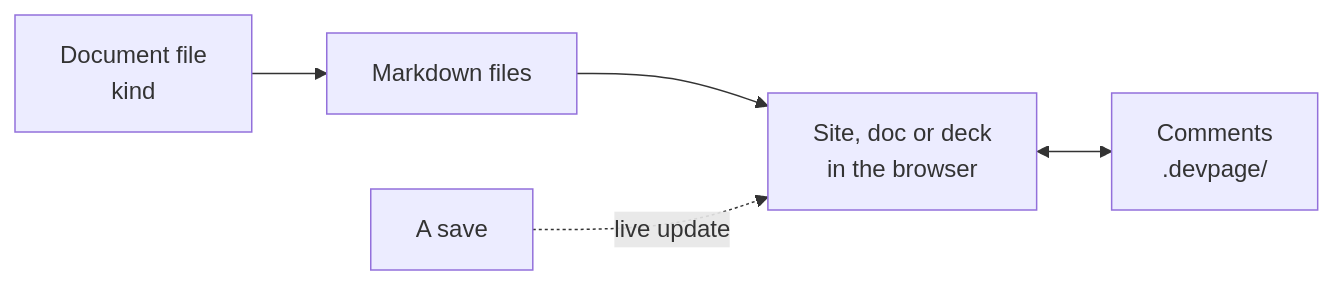
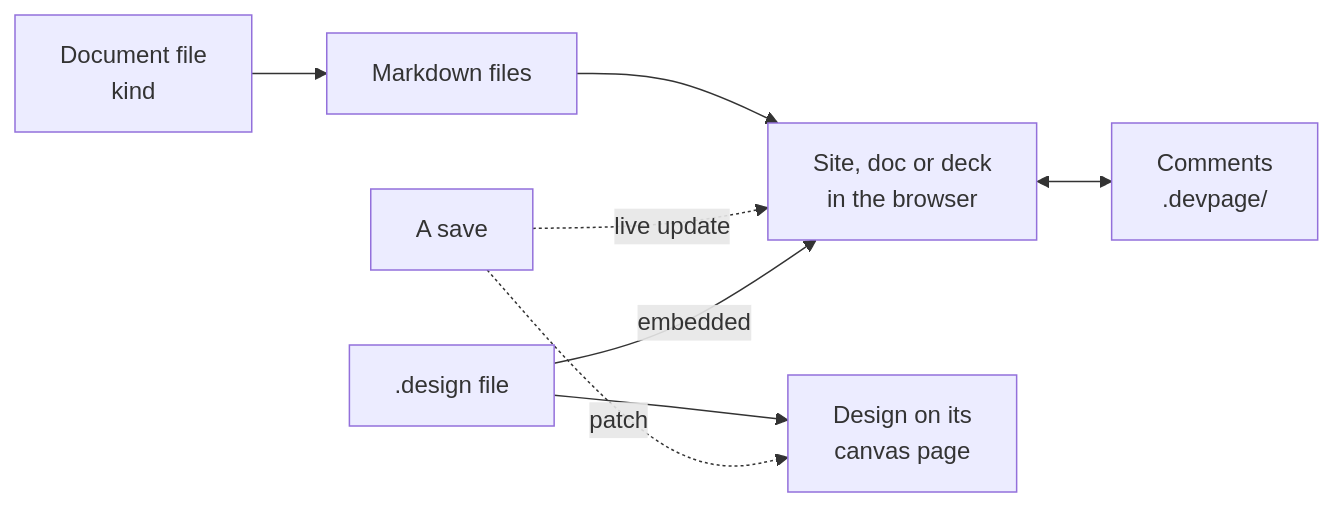
The diagram in docs/getting-started.md (andrei512/devpage), drawn with Mermaid before and after one commit. The commit also changed other lines of this file and 12 other files, not shown here.

````diff
--- a/docs/getting-started.md
+++ b/docs/getting-started.md
@@ -31,12 +31,17 @@
 ```mermaid
 flowchart LR
   yml["Document file<br/>kind"] --> pages["Markdown files"]
   pages --> view["Site, doc or deck<br/>in the browser"]
   save["A save"] -.->|"live update"| view
   view <--> comments["Comments<br/>.devpage/"]
+  design[".design file"] --> canvas["Design on its<br/>canvas page"]
+  design -->|"embedded"| view
+  save -.->|"patch"| canvas
   click yml href "./boxes/viewer/writing-a-document/README.md#the-document-file" "The document file"
   click pages href "./boxes/viewer/writing-a-document/markdown-that-works/README.md" "Markdown that works"
   click view href "./boxes/viewer/README.md" "The viewer"
   click save href "./boxes/viewer/live-updates/README.md" "How open pages stay current"
   click comments href "./boxes/viewer/comments/README.md" "Comments"
+  click design href "./boxes/viewer/designs/README.md" "Designs"
+  click canvas href "./boxes/viewer/designs/README.md#viewing-a-design" "Viewing a design"
 ```
````
